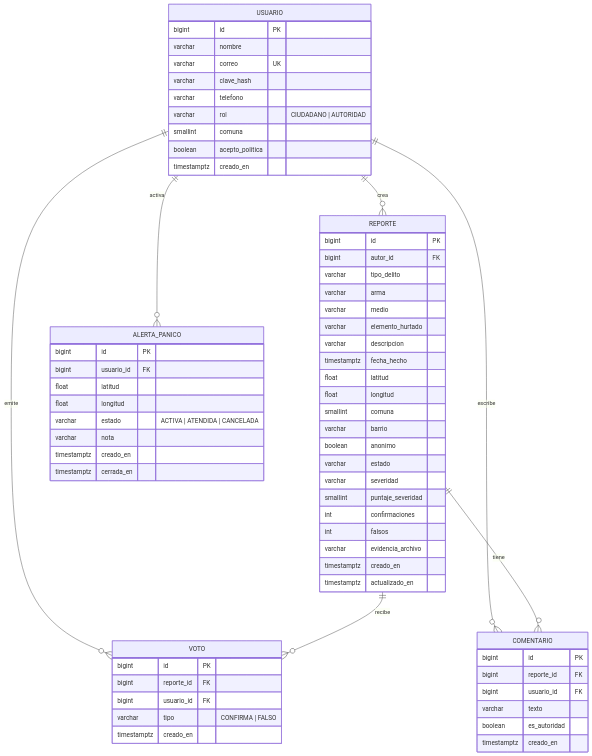
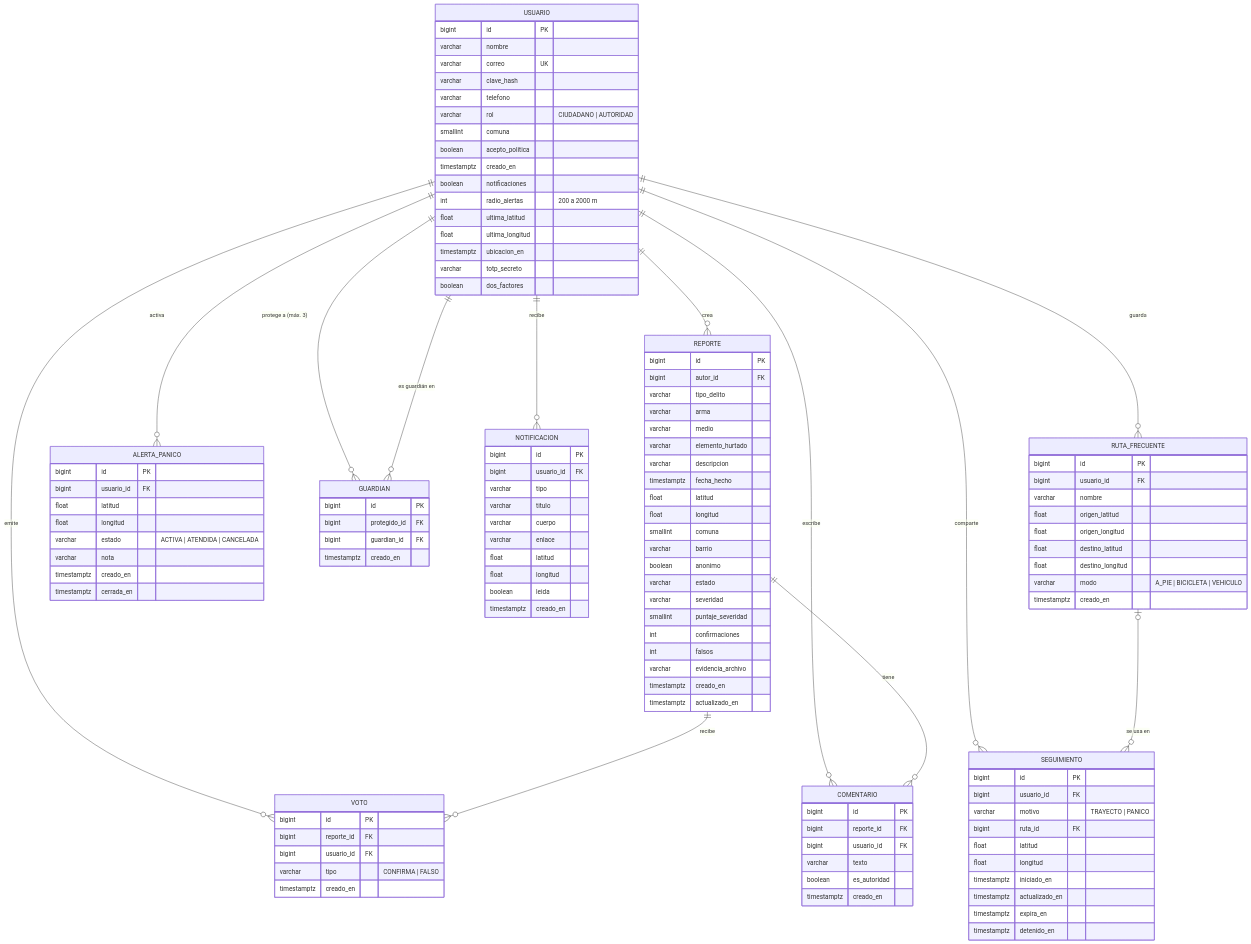
The tenth of 10 diagrams in docs/arquitectura.md (HernandoMendozaIng/alertapp-valledupar), drawn with Mermaid before and after one commit. The commit also changed other lines of this file and 10 other files, not shown here.

````diff
--- a/docs/arquitectura.md
+++ b/docs/arquitectura.md
@@ -172,6 +277,12 @@
     USUARIO ||--o{ ALERTA_PANICO : activa
     REPORTE ||--o{ VOTO : recibe
     REPORTE ||--o{ COMENTARIO : tiene
+    USUARIO ||--o{ GUARDIAN : "protege a (máx. 3)"
+    USUARIO ||--o{ GUARDIAN : "es guardián en"
+    USUARIO ||--o{ NOTIFICACION : recibe
+    USUARIO ||--o{ RUTA_FRECUENTE : guarda
+    USUARIO ||--o{ SEGUIMIENTO : comparte
+    RUTA_FRECUENTE |o--o{ SEGUIMIENTO : "se usa en"
 
     USUARIO {
         bigint id PK
@@ -183,6 +294,13 @@
         smallint comuna
         boolean acepto_politica
         timestamptz creado_en
+        boolean notificaciones
+        int radio_alertas "200 a 2000 m"
+        float ultima_latitud
+        float ultima_longitud
+        timestamptz ubicacion_en
+        varchar totp_secreto
+        boolean dos_factores
     }
     REPORTE {
         bigint id PK
@@ -232,4 +350,45 @@
         timestamptz creado_en
         timestamptz cerrada_en
     }
+    GUARDIAN {
+        bigint id PK
+        bigint protegido_id FK
+        bigint guardian_id FK
+        timestamptz creado_en
+    }
+    NOTIFICACION {
+        bigint id PK
+        bigint usuario_id FK
+        varchar tipo
+        varchar titulo
+        varchar cuerpo
+        varchar enlace
+        float latitud
+        float longitud
+        boolean leida
+        timestamptz creado_en
+    }
+    RUTA_FRECUENTE {
+        bigint id PK
+        bigint usuario_id FK
+        varchar nombre
+        float origen_latitud
+        float origen_longitud
+        float destino_latitud
+        float destino_longitud
+        varchar modo "A_PIE | BICICLETA | VEHICULO"
+        timestamptz creado_en
+    }
+    SEGUIMIENTO {
+        bigint id PK
+        bigint usuario_id FK
+        varchar motivo "TRAYECTO | PANICO"
+        bigint ruta_id FK
+        float latitud
+        float longitud
+        timestamptz iniciado_en
+        timestamptz actualizado_en
+        timestamptz expira_en
+        timestamptz detenido_en
+    }
 ```
````
